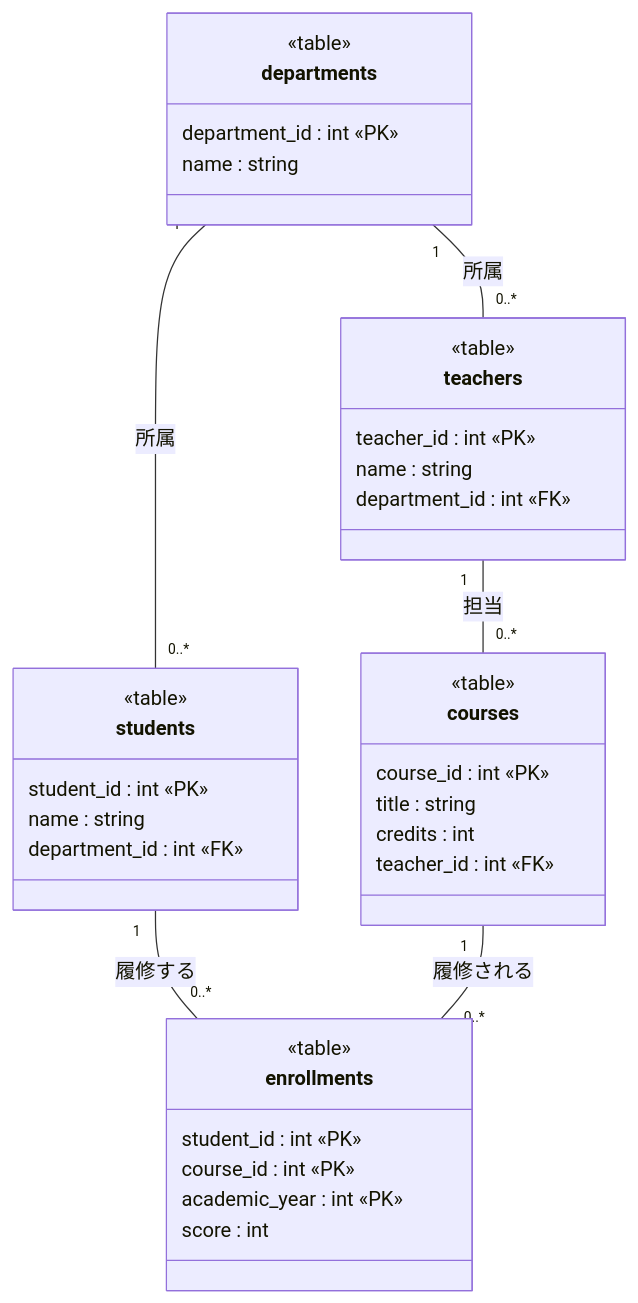
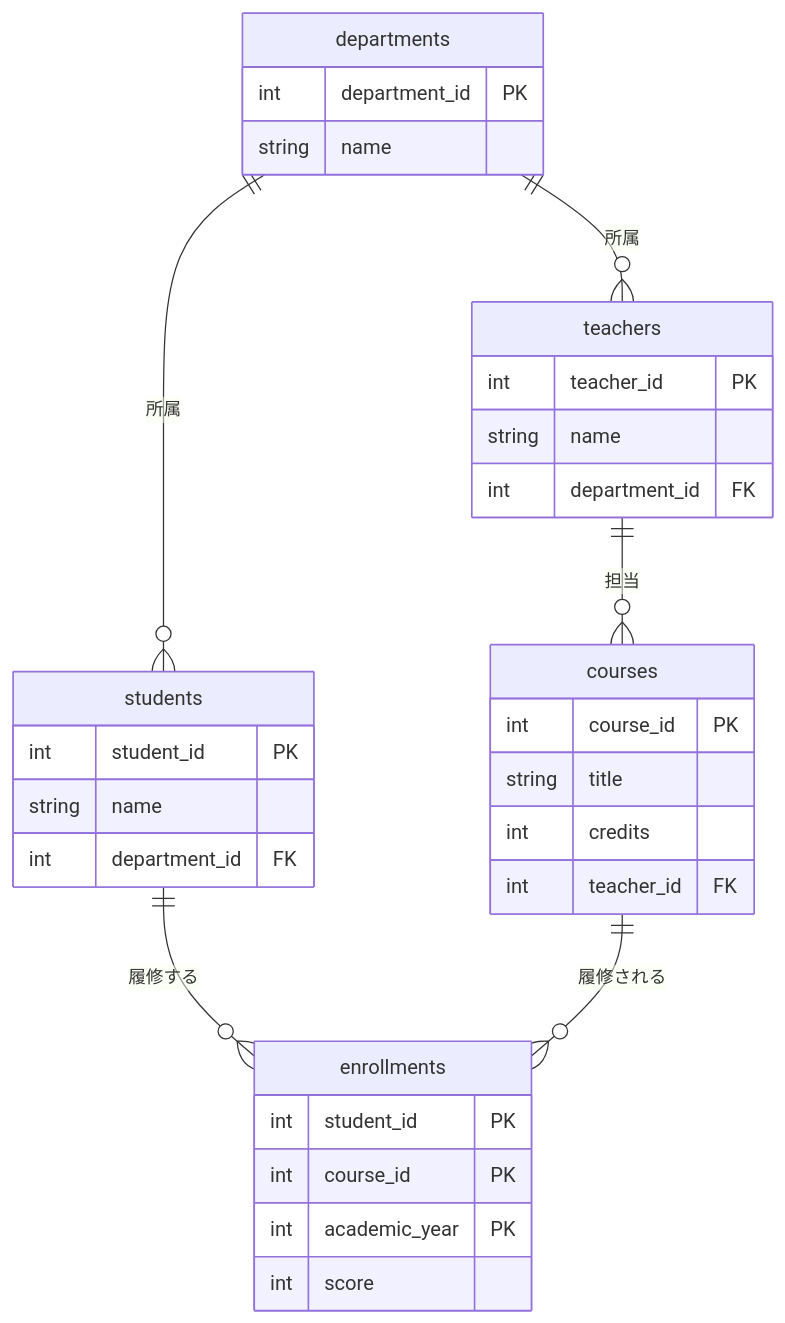
Before and after one commit to YTS0418/PRMN_SYSTEM_Lecture: the fifth of 6 diagrams in データベース/05_正規化.md, drawn with Mermaid. The commit also changed other lines of this file and 3 other files, not shown here.

First line of the commit message:
ER 図を mermaid の erDiagram（鳥の足記法）に変更

````diff
--- a/データベース/05_正規化.md
+++ b/データベース/05_正規化.md
@@ -278,39 +276,35 @@
 ```mermaid
-classDiagram
-    departments "1" -- "0..*" students : 所属
-    departments "1" -- "0..*" teachers : 所属
-    teachers "1" -- "0..*" courses : 担当
-    students "1" -- "0..*" enrollments : 履修する
-    courses "1" -- "0..*" enrollments : 履修される
-    class departments {
-        <<table>>
-        department_id : int «PK»
-        name : string
+erDiagram
+    departments ||--o{ students : "所属"
+    departments ||--o{ teachers : "所属"
+    teachers ||--o{ courses : "担当"
+    students ||--o{ enrollments : "履修する"
+    courses ||--o{ enrollments : "履修される"
+
+    departments {
+        int department_id PK
+        string name
     }
-    class teachers {
-        <<table>>
-        teacher_id : int «PK»
-        name : string
-        department_id : int «FK»
+    teachers {
+        int teacher_id PK
+        string name
+        int department_id FK
     }
-    class students {
-        <<table>>
-        student_id : int «PK»
-        name : string
-        department_id : int «FK»
+    students {
+        int student_id PK
+        string name
+        int department_id FK
     }
-    class courses {
-        <<table>>
-        course_id : int «PK»
-        title : string
-        credits : int
-        teacher_id : int «FK»
+    courses {
+        int course_id PK
+        string title
+        int credits
+        int teacher_id FK
     }
-    class enrollments {
-        <<table>>
-        student_id : int «PK»
-        course_id : int «PK»
-        academic_year : int «PK»
-        score : int
+    enrollments {
+        int student_id PK
+        int course_id PK
+        int academic_year PK
+        int score
     }
 ```
````
